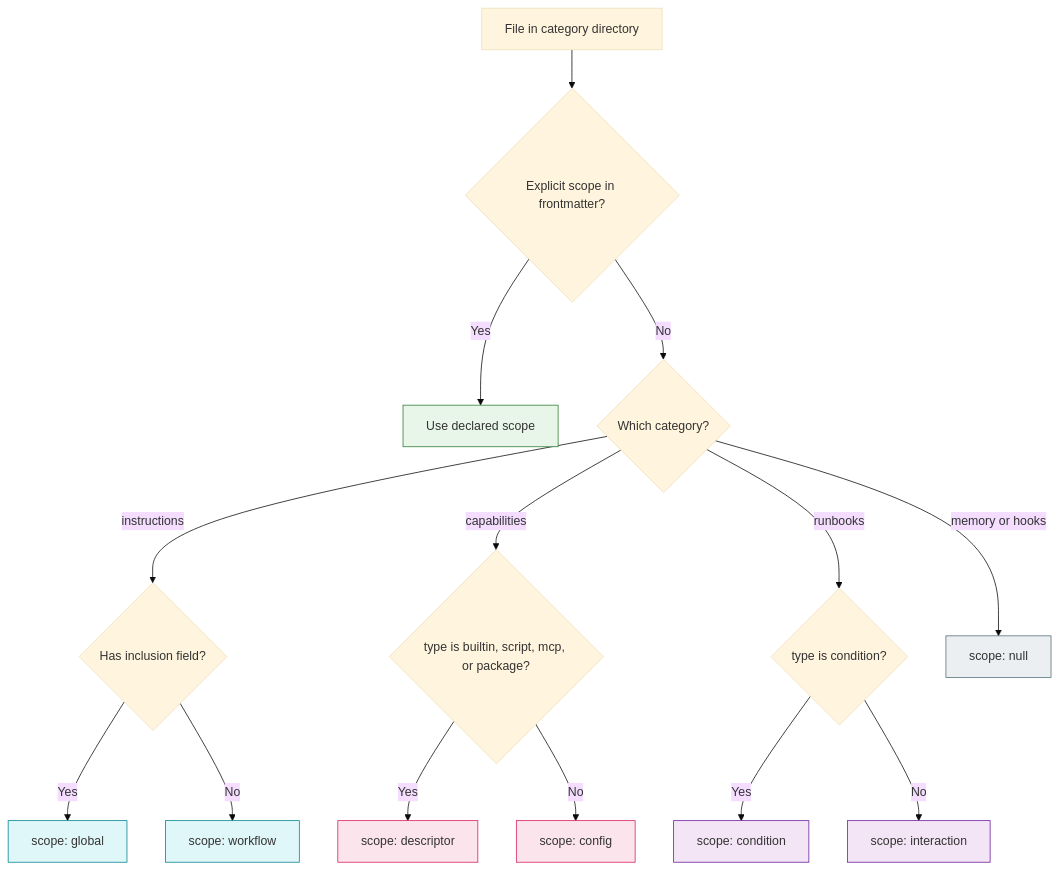
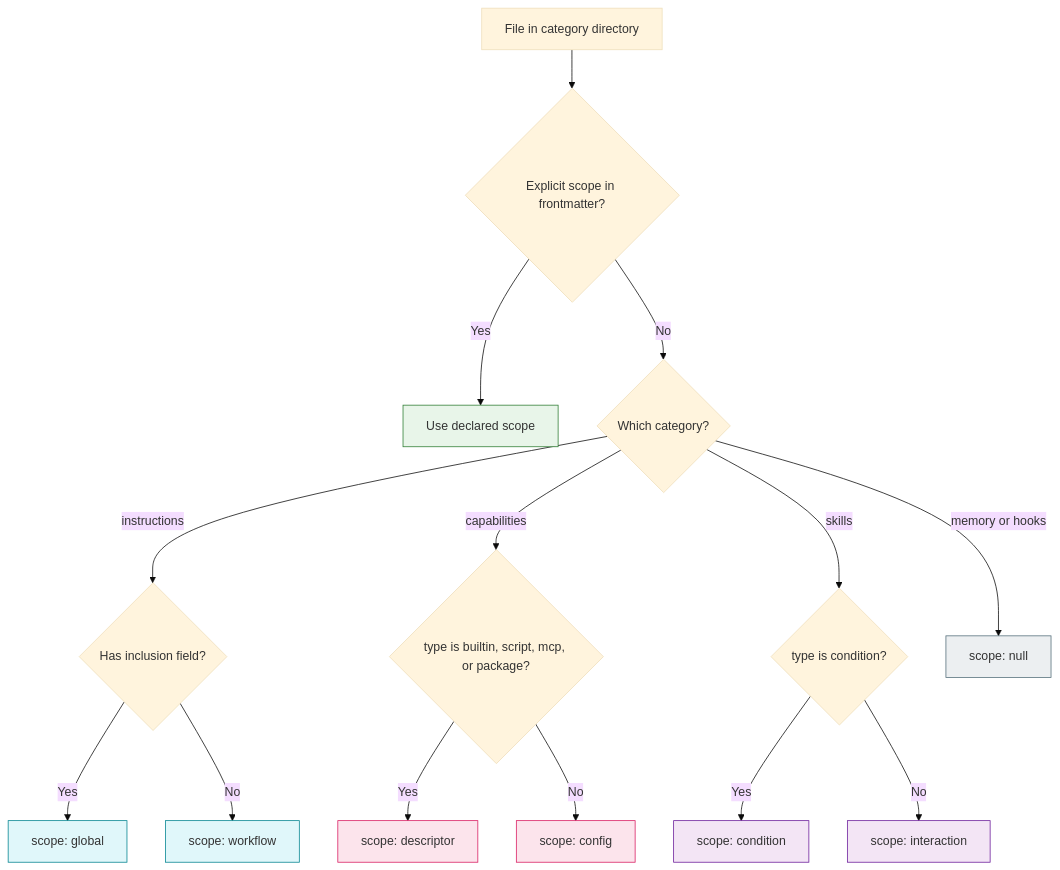
One commit to shubhtoy/AgentFlow changed the fifth of 11 diagrams in docs/taxonomy-graph.md. Above: the diagram before and after it, drawn with Mermaid (base theme). The commit also changed other lines of this file and 956 other files, not shown here.

````diff
--- a/docs/taxonomy-graph.md
+++ b/docs/taxonomy-graph.md
@@ -152,31 +152,31 @@
 ```mermaid
 flowchart TD
     START["File in category directory"] --> HAS_SCOPE{Explicit scope in frontmatter?}
 
     HAS_SCOPE -->|Yes| USE_IT["Use declared scope"]
 
     HAS_SCOPE -->|No| WHICH{Which category?}
 
     WHICH -->|instructions| HAS_INCLUSION{Has inclusion field?}
     HAS_INCLUSION -->|Yes| GLOBAL["scope: global"]
     HAS_INCLUSION -->|No| WORKFLOW["scope: workflow"]
 
     WHICH -->|capabilities| HAS_TYPE{type is builtin, script, mcp, or package?}
     HAS_TYPE -->|Yes| DESCRIPTOR["scope: descriptor"]
     HAS_TYPE -->|No| CONFIG["scope: config"]
 
-    WHICH -->|runbooks| IS_COND{type is condition?}
+    WHICH -->|skills| IS_COND{type is condition?}
     IS_COND -->|Yes| CONDITION["scope: condition"]
     IS_COND -->|No| INTERACTION["scope: interaction"]
 
     WHICH -->|memory or hooks| NULL_SCOPE["scope: null"]
 
     style USE_IT fill:#E8F5E9,stroke:#2E7D32
     style GLOBAL fill:#E0F7FA,stroke:#00838F
     style WORKFLOW fill:#E0F7FA,stroke:#00838F
     style DESCRIPTOR fill:#FCE4EC,stroke:#D81B60
     style CONFIG fill:#FCE4EC,stroke:#D81B60
     style CONDITION fill:#F3E5F5,stroke:#6A1B9A
     style INTERACTION fill:#F3E5F5,stroke:#6A1B9A
     style NULL_SCOPE fill:#ECEFF1,stroke:#546E7A
 ```
````
